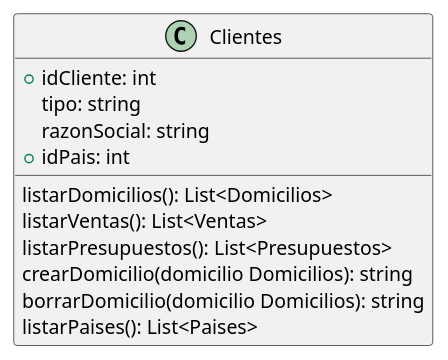
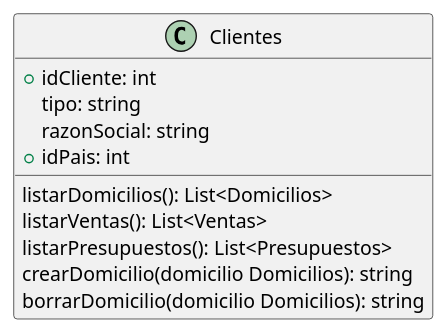
Before and after one commit to ZMGestion/DocumentacionZMGestion: the diagram in DiagramaClases/Clases/Clientes.puml, drawn with PlantUML. The commit also changed 19 other files, not shown here.

Commit message:
Nuevo DiagramasDeSecuencia

```diff
--- a/DiagramaClases/Clases/Clientes.puml
+++ b/DiagramaClases/Clases/Clientes.puml
@@ -1,16 +1,14 @@
 @startuml Clientes
 class Clientes{
     +idCliente: int
     tipo: string
     razonSocial: string 
     +idPais: int
 
     listarDomicilios(): List<Domicilios>
     listarVentas(): List<Ventas>
     listarPresupuestos(): List<Presupuestos>
     crearDomicilio(domicilio Domicilios): string
-    borrarDomicilio(domicilio Domicilios): string
-    listarPaises(): List<Paises>
-    
+    borrarDomicilio(domicilio Domicilios): string    
 }
 @enduml
```
